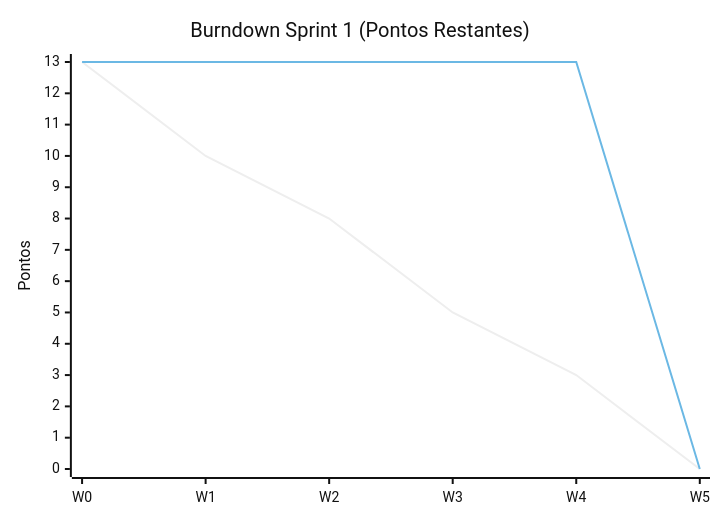
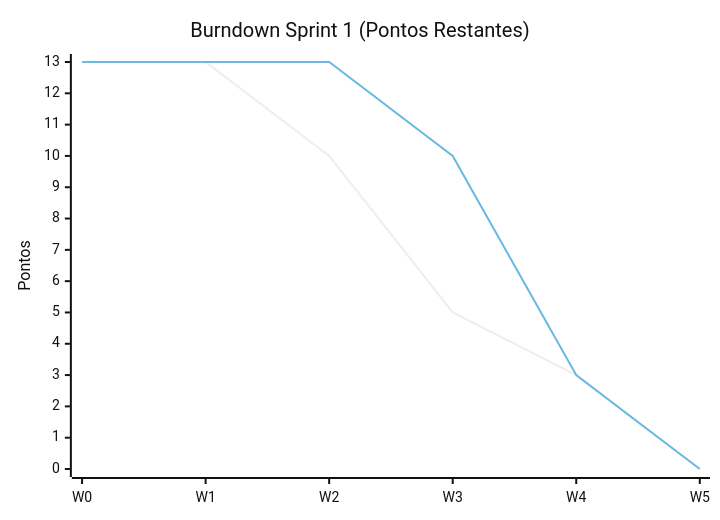
The first of 3 diagrams in README.md (candago-6/documentacao), drawn with Mermaid (neutral theme) before and after one commit. The commit also changed other lines of this file, not shown here.

````diff
--- a/README.md
+++ b/README.md
@@ -140,8 +140,8 @@
 ```mermaid
 xychart-beta
 	title "Burndown Sprint 1 (Pontos Restantes)"
 	x-axis [W0, W1, W2, W3, W4, W5]
 	y-axis "Pontos" 0 --> 13
-	line "planejado" [13, 10, 8, 5, 3, 0]
-	line "real" [13, 13, 13, 13, 13, 0]
+	line "planejado" [13, 13, 10, 5, 3, 0]
+	line "real" [13, 13, 13, 10, 3, 0]
 ```
````
